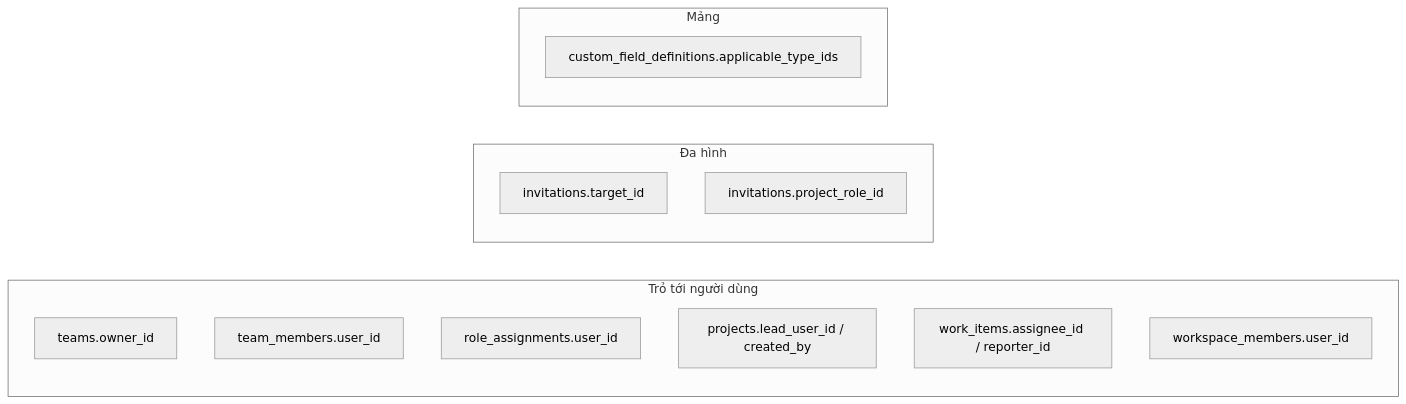
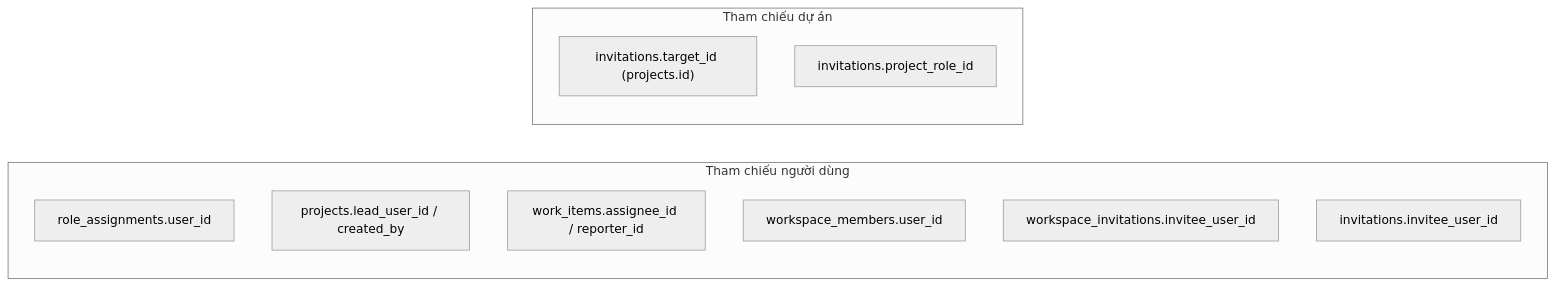
Before and after one commit to Hecker-Chuoi/DATN-2026: diagram 22 of 22 in formal_doc/01_QUAN_HE_THUC_THE.md, drawn with Mermaid (neutral theme). The commit also changed other lines of this file and 60 other files, not shown here.

````diff
--- a/formal_doc/01_QUAN_HE_THUC_THE.md
+++ b/formal_doc/01_QUAN_HE_THUC_THE.md
@@ -702,18 +670,15 @@
 ```mermaid
 flowchart LR
-    subgraph User["Trỏ tới người dùng"]
-        A["teams.owner_id"]
-        B["team_members.user_id"]
-        C["role_assignments.user_id"]
-        D["projects.lead_user_id / created_by"]
-        E["work_items.assignee_id / reporter_id"]
-        F["workspace_members.user_id"]
+    subgraph User["Tham chiếu người dùng"]
+        A["role_assignments.user_id"]
+        B["projects.lead_user_id / created_by"]
+        C["work_items.assignee_id / reporter_id"]
+        D["workspace_members.user_id"]
+        E["workspace_invitations.invitee_user_id"]
+        F["invitations.invitee_user_id"]
     end
-    subgraph Poly["Đa hình"]
-        G["invitations.target_id"]
+    subgraph Target["Tham chiếu dự án"]
+        G["invitations.target_id (projects.id)"]
         H["invitations.project_role_id"]
     end
-    subgraph Arr["Mảng"]
-        I["custom_field_definitions.applicable_type_ids"]
-    end
 ```
````
